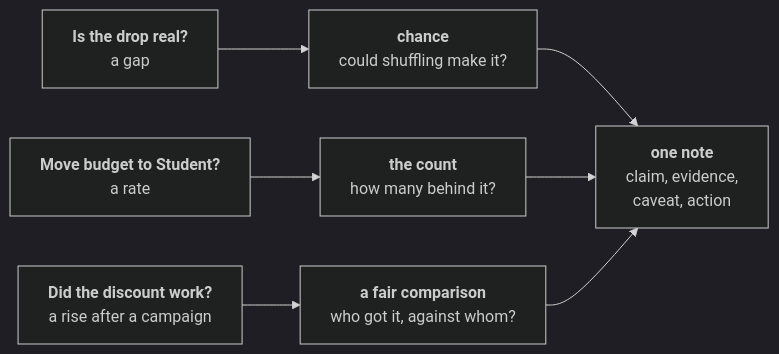
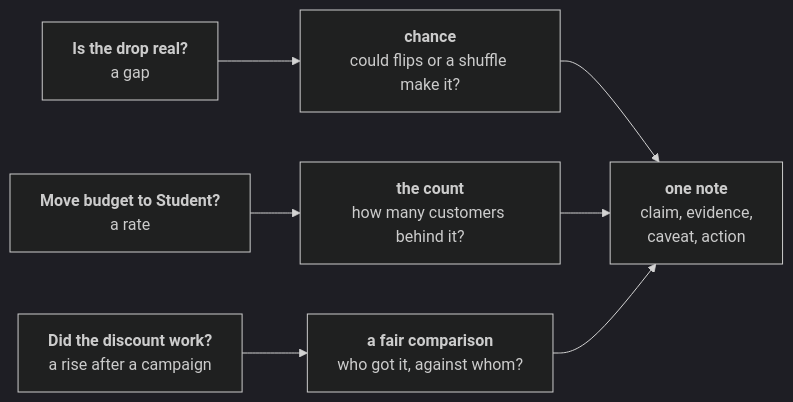
Before and after one commit to fde-academy-lab/c2-content-factory: the second of 2 diagrams in content/W01/D4/study-notes/C2_W01_D04_notes_STUDENT.md, drawn with Mermaid (dark theme). The commit also changed other lines of this file and 3 other files, not shown here.

````diff
--- a/content/W01/D4/study-notes/C2_W01_D04_notes_STUDENT.md
+++ b/content/W01/D4/study-notes/C2_W01_D04_notes_STUDENT.md
@@ -58,9 +61,9 @@
 ```mermaid
 flowchart LR
-    Q1["<b>Is the drop real?</b><br/>a gap"] --> H1["<b>chance</b><br/>could shuffling make it?"]
-    Q2["<b>Move budget to Student?</b><br/>a rate"] --> H2["<b>the count</b><br/>how many behind it?"]
+    Q1["<b>Is the drop real?</b><br/>a gap"] --> H1["<b>chance</b><br/>could flips or a shuffle make it?"]
+    Q2["<b>Move budget to Student?</b><br/>a rate"] --> H2["<b>the count</b><br/>how many customers behind it?"]
     Q3["<b>Did the discount work?</b><br/>a rise after a campaign"] --> H3["<b>a fair comparison</b><br/>who got it, against whom?"]
     H1 --> N["<b>one note</b><br/>claim, evidence,<br/>caveat, action"]
     H2 --> N
     H3 --> N
 ```
````
